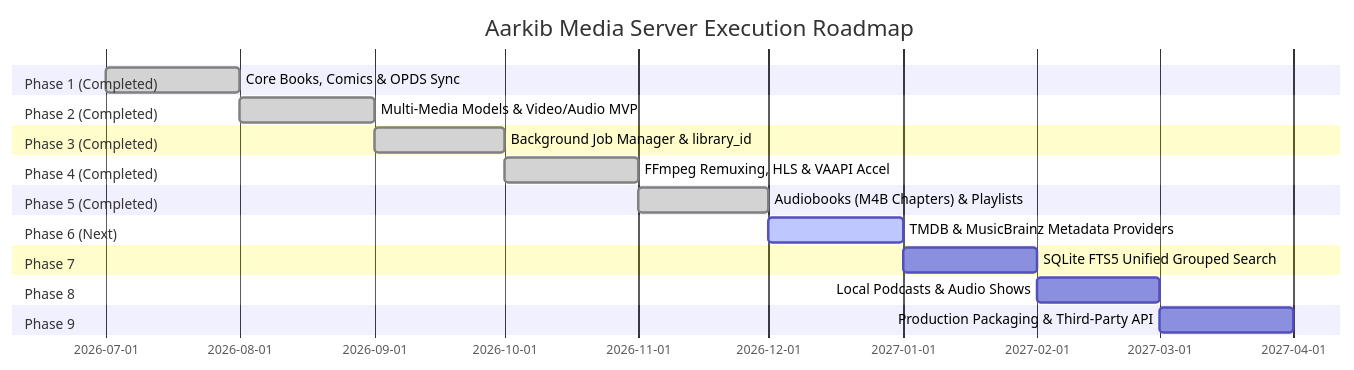
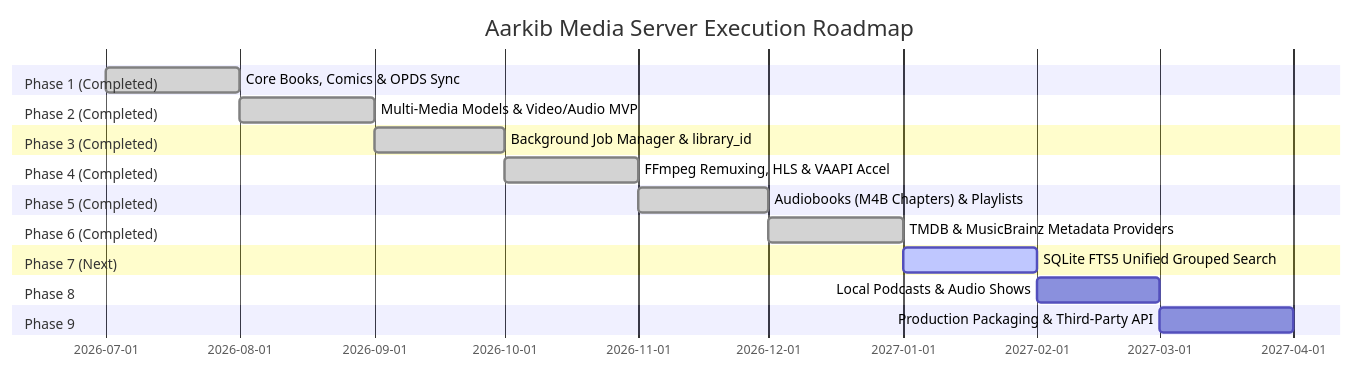
Before and after one commit to syfq91/aarkib: the sixth of 6 diagrams in media_server_execution_plan.md, drawn with Mermaid. The commit also changed other lines of this file and 23 other files, not shown here.

Commit message:
feat: implement Phase 6 TMDB & MusicBrainz metadata providers, rate limiting, and Fix Match UI

````diff
--- a/media_server_execution_plan.md
+++ b/media_server_execution_plan.md
@@ -583,23 +583,23 @@
 ```mermaid
 gantt
     title Aarkib Media Server Execution Roadmap
     dateFormat  YYYY-MM
     section Phase 1 (Completed)
     Core Books, Comics & OPDS Sync       :done, p1, 2026-07, 2026-08
     section Phase 2 (Completed)
     Multi-Media Models & Video/Audio MVP :done, p2, 2026-08, 2026-09
     section Phase 3 (Completed)
     Background Job Manager & library_id  :done, p3, 2026-09, 2026-10
     section Phase 4 (Completed)
     FFmpeg Remuxing, HLS & VAAPI Accel   :done, p4, 2026-10, 2026-11
     section Phase 5 (Completed)
     Audiobooks (M4B Chapters) & Playlists:done, p5, 2026-11, 2026-12
-    section Phase 6 (Next)
-    TMDB & MusicBrainz Metadata Providers:active, p6, 2026-12, 2027-01
-    section Phase 7
-    SQLite FTS5 Unified Grouped Search   :p7, 2027-01, 2027-02
+    section Phase 6 (Completed)
+    TMDB & MusicBrainz Metadata Providers:done, p6, 2026-12, 2027-01
+    section Phase 7 (Next)
+    SQLite FTS5 Unified Grouped Search   :active, p7, 2027-01, 2027-02
     section Phase 8
     Local Podcasts & Audio Shows         :p8, 2027-02, 2027-03
     section Phase 9
     Production Packaging & Third-Party API:p9, 2027-03, 2027-04
 ```
````
